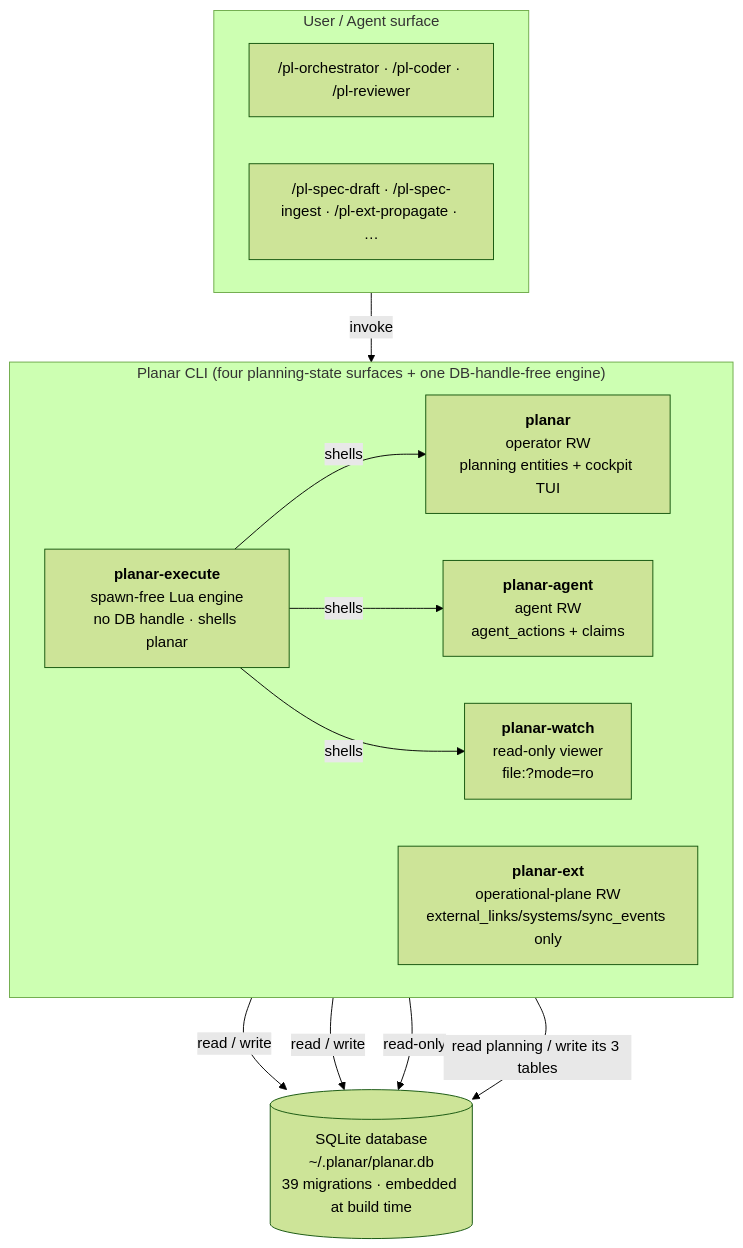
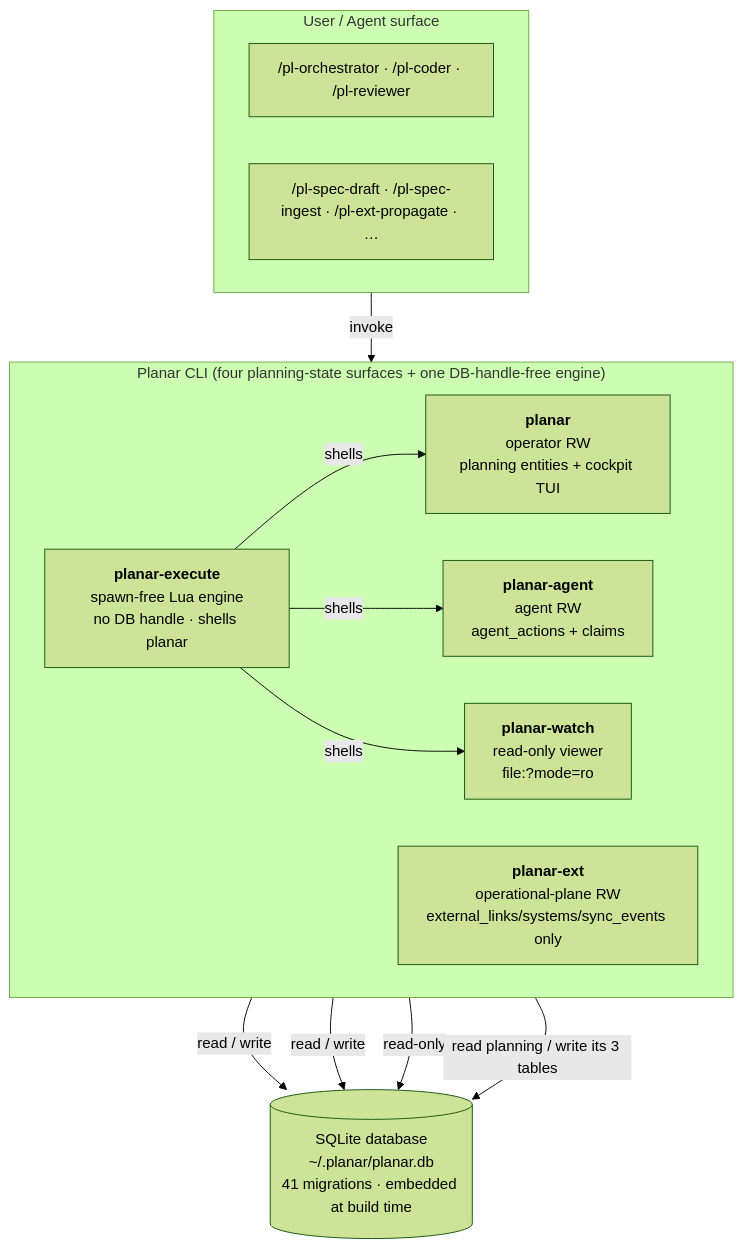
One commit to rdrsss/planar changed the first of 2 diagrams in docs/architecture.md. Above: the diagram before and after it, drawn with Mermaid (forest theme). The commit also changed other lines of this file and 22 other files, not shown here.

````diff
--- a/docs/architecture.md
+++ b/docs/architecture.md
@@ -20,28 +20,28 @@
 ```mermaid
 flowchart TD
     subgraph Surface["User / Agent surface"]
         direction LR
         S1["/pl-orchestrator · /pl-coder · /pl-reviewer"]
         S2["/pl-spec-draft · /pl-spec-ingest · /pl-ext-propagate · …"]
     end
 
     subgraph Binaries["Planar CLI (four planning-state surfaces + one DB-handle-free engine)"]
         direction LR
         B1["<b>planar</b><br/>operator RW<br/>planning entities + cockpit TUI"]
         B2["<b>planar-agent</b><br/>agent RW<br/>agent_actions + claims"]
         B3["<b>planar-watch</b><br/>read-only viewer<br/>file:?mode=ro"]
         B4["<b>planar-execute</b><br/>spawn-free Lua engine<br/>no DB handle · shells planar"]
         B5["<b>planar-ext</b><br/>operational-plane RW<br/>external_links/systems/sync_events only"]
     end
 
-    DB[("SQLite database<br/>~/.planar/planar.db<br/>39 migrations · embedded at build time")]
+    DB[("SQLite database<br/>~/.planar/planar.db<br/>41 migrations · embedded at build time")]
 
     Surface -->|invoke| Binaries
     B1 -->|read / write| DB
     B2 -->|read / write| DB
     B3 -->|read-only| DB
     B4 -->|shells| B1
     B4 -->|shells| B2
     B4 -->|shells| B3
     B5 -->|read planning / write its 3 tables| DB
 ```
````
